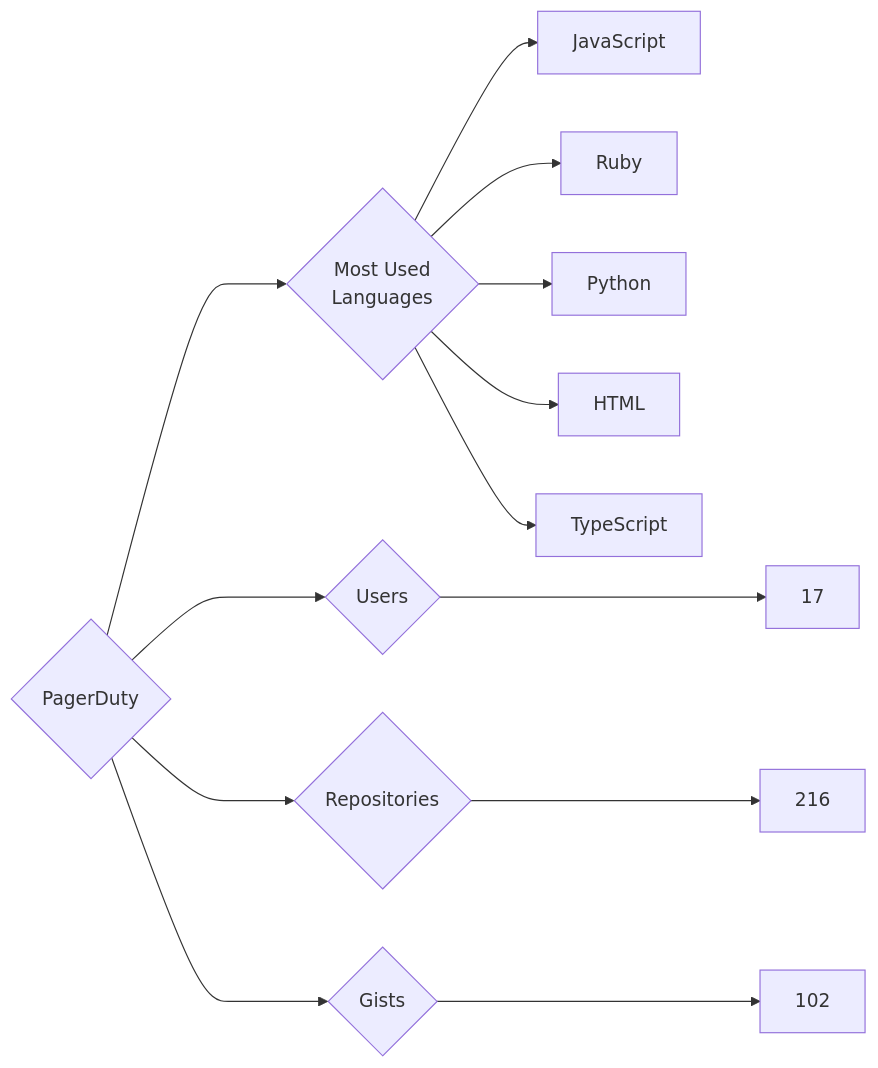
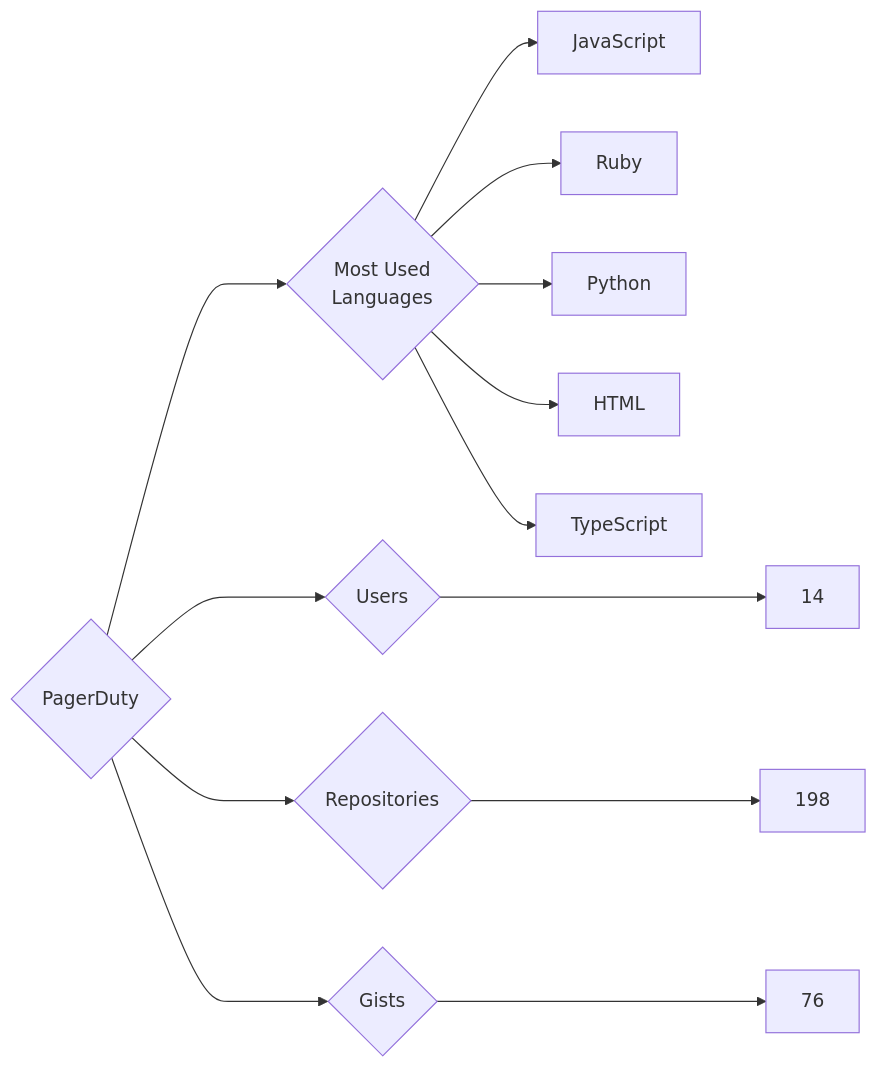
One commit to trickest/insiders changed the diagram in targets/PagerDuty/README.md. Above: the diagram before and after it, drawn with Mermaid. The commit also changed 1479 other files, not shown here.

````diff
--- a/targets/PagerDuty/README.md
+++ b/targets/PagerDuty/README.md
@@ -3,13 +3,13 @@
 ```mermaid
 graph LR
 COMPANY_NAME{PagerDuty}
-COMPANY_NAME ---> U{Users} ---> UN[17]
-COMPANY_NAME ---> R{Repositories} ---> RN[216]
-COMPANY_NAME ---> G{Gists} ---> GN[102]
+COMPANY_NAME ---> U{Users} ---> UN[14]
+COMPANY_NAME ---> R{Repositories} ---> RN[198]
+COMPANY_NAME ---> G{Gists} ---> GN[76]
 COMPANY_NAME ---> ML{Most Used<br>Languages}
 ML --> JavaScript[JavaScript]
 ML --> Ruby[Ruby]
 ML --> Python[Python]
 ML --> HTML[HTML]
 ML --> TypeScript[TypeScript]
 ```
````
